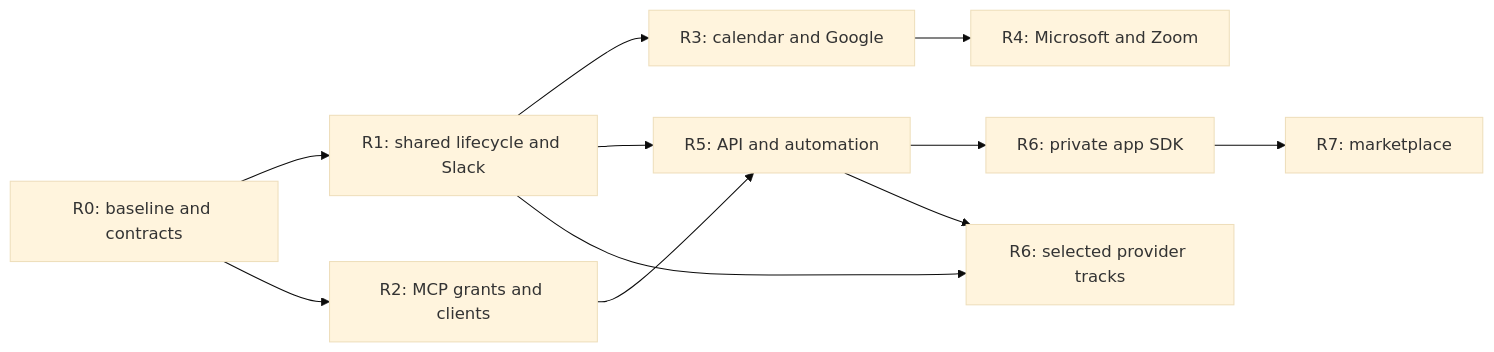
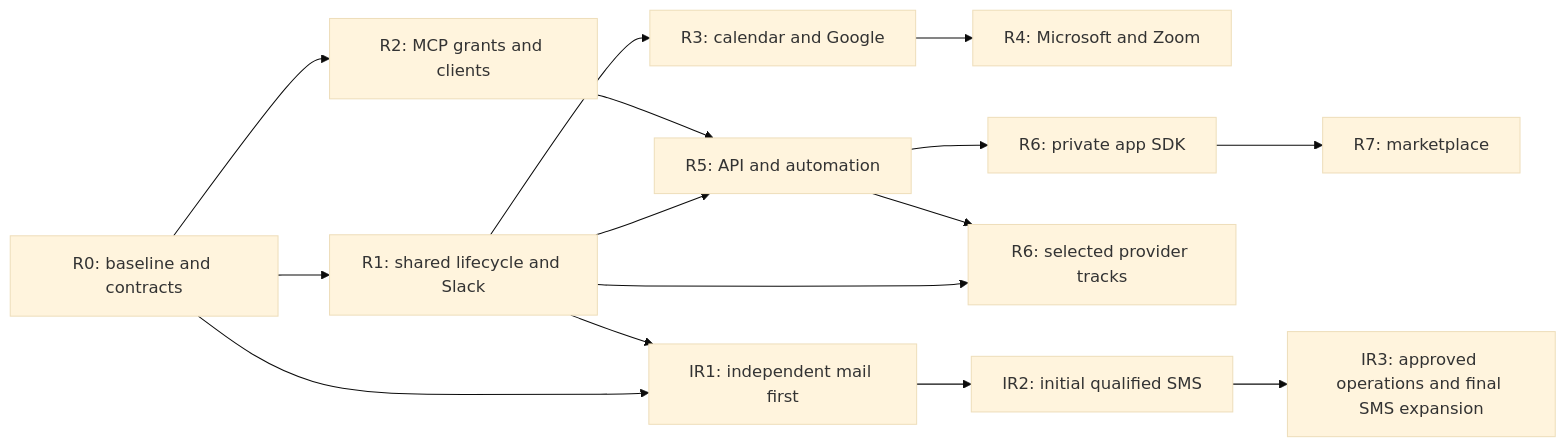
One commit to KhademOHAli1/warpdrive changed the diagram in docs/integration-project-plan.md. Above: the diagram before and after it, drawn with Mermaid (base theme). The commit also changed other lines of this file and 14 other files, not shown here.

````diff
--- a/docs/integration-project-plan.md
+++ b/docs/integration-project-plan.md
@@ -86,13 +101,17 @@
 ```mermaid
 flowchart LR
   R0["R0: baseline and contracts"] --> R1["R1: shared lifecycle and Slack"]
   R0 --> R2["R2: MCP grants and clients"]
   R1 --> R3["R3: calendar and Google"]
   R3 --> R4["R4: Microsoft and Zoom"]
   R1 --> R5["R5: API and automation"]
   R2 --> R5
   R5 --> SDK["R6: private app SDK"]
   R1 --> EXP["R6: selected provider tracks"]
   R5 --> EXP
   SDK --> R7["R7: marketplace"]
+  R0 --> IR1["IR1: independent mail first"]
+  R1 --> IR1
+  IR1 --> IR2["IR2: initial qualified SMS"]
+  IR2 --> IR3["IR3: approved operations and final SMS expansion"]
 ```
````
